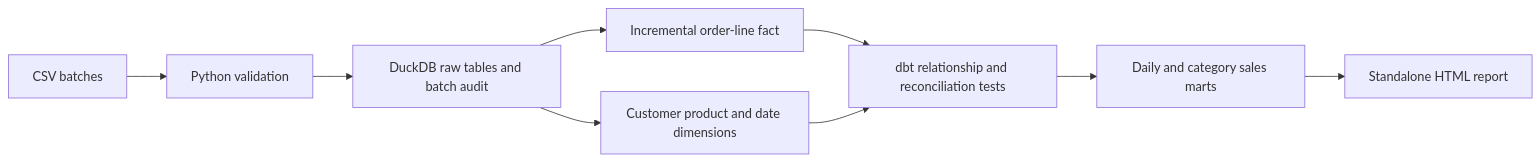
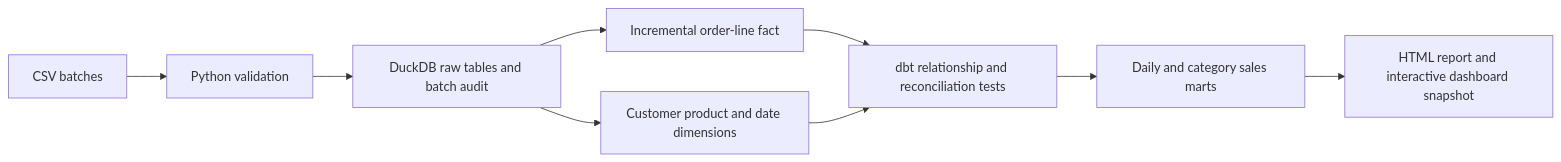
One commit to JesU2504/retail-analytics-pipeline changed the diagram in README.md. Above: the diagram before and after it, drawn with Mermaid. The commit also changed other lines of this file and 13 other files, not shown here.

Commit message:
Add public interactive retail dashboard and validated warehouse exports

````diff
--- a/README.md
+++ b/README.md
@@ -38,11 +64,11 @@
 ```mermaid
 flowchart LR
     CSV[CSV batches] --> V[Python validation]
     V --> R[DuckDB raw tables and batch audit]
     R --> F[Incremental order-line fact]
     R --> D[Customer product and date dimensions]
     F --> T[dbt relationship and reconciliation tests]
     D --> T
     T --> M[Daily and category sales marts]
-    M --> H[Standalone HTML report]
+    M --> H[HTML report and interactive dashboard snapshot]
 ```
````
